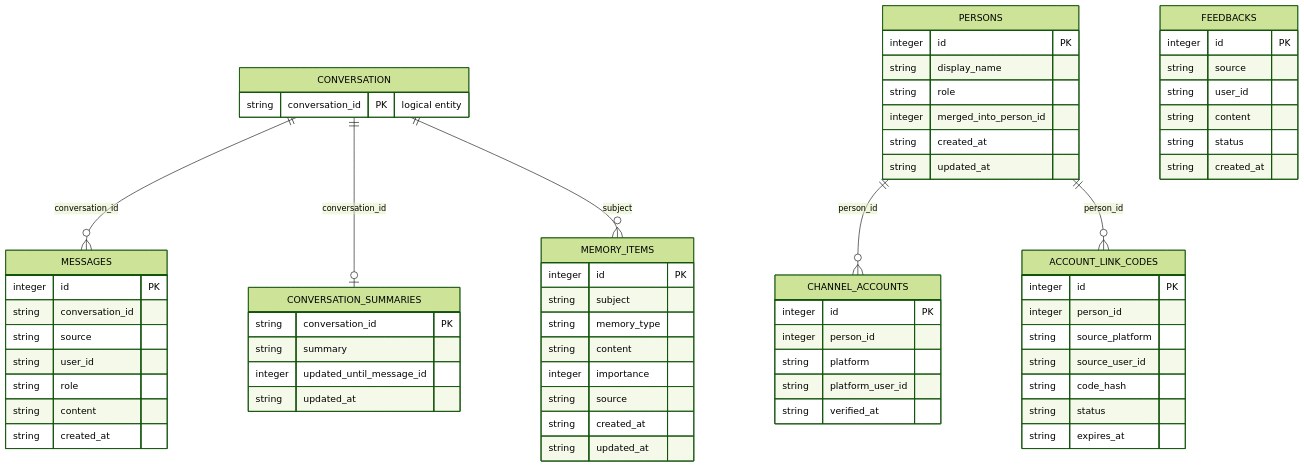
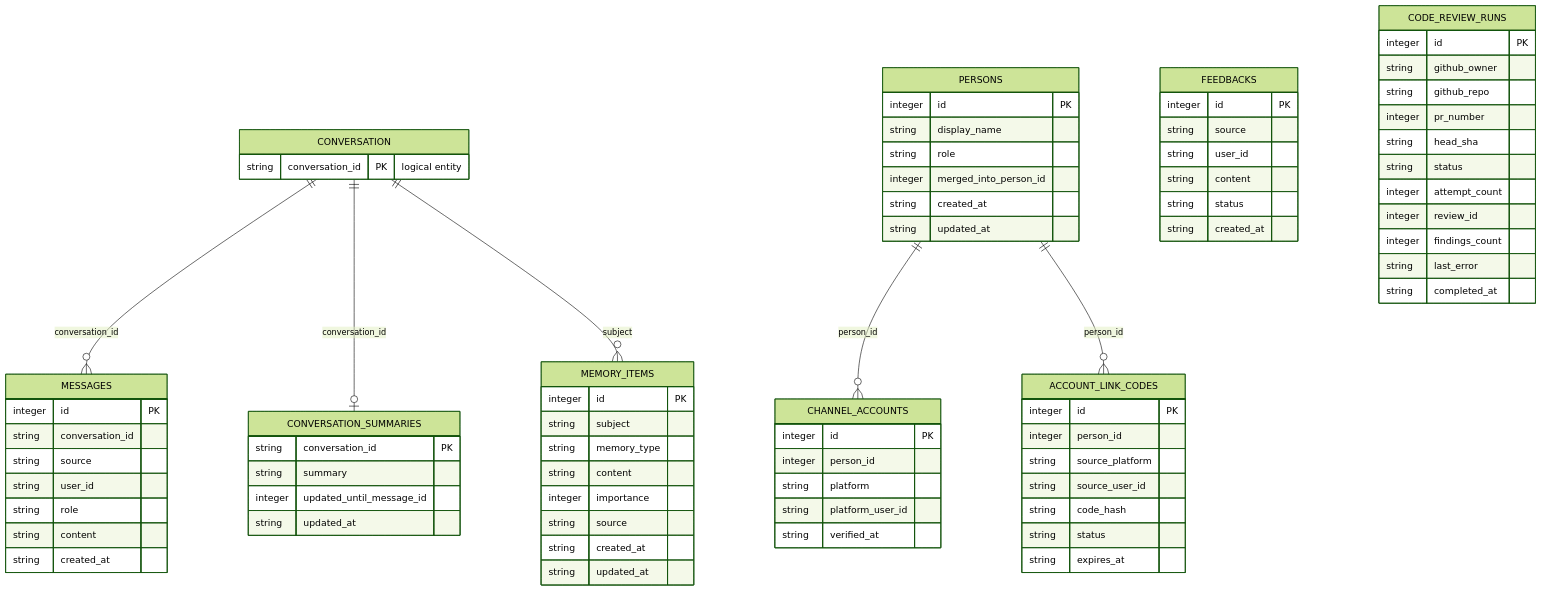
The first of 3 diagrams in docs/PROJECT_BOOK.md (GugaBoBo-s/gugabobo), drawn with Mermaid (forest theme) before and after one commit. The commit also changed other lines of this file and 17 other files, not shown here.

```diff
--- a/docs/PROJECT_BOOK.md
+++ b/docs/PROJECT_BOOK.md
@@ -483,6 +483,20 @@
         string updated_at
     }
 
+    CODE_REVIEW_RUNS {
+        integer id PK
+        string github_owner
+        string github_repo
+        integer pr_number
+        string head_sha
+        string status
+        integer attempt_count
+        integer review_id
+        integer findings_count
+        string last_error
+        string completed_at
+    }
+
     CONVERSATION ||--o{ MESSAGES : "conversation_id"
     CONVERSATION ||--o| CONVERSATION_SUMMARIES : "conversation_id"
     CONVERSATION ||--o{ MEMORY_ITEMS : "subject"
```
